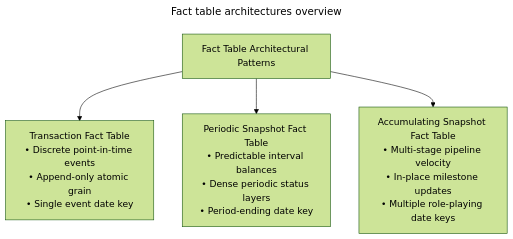
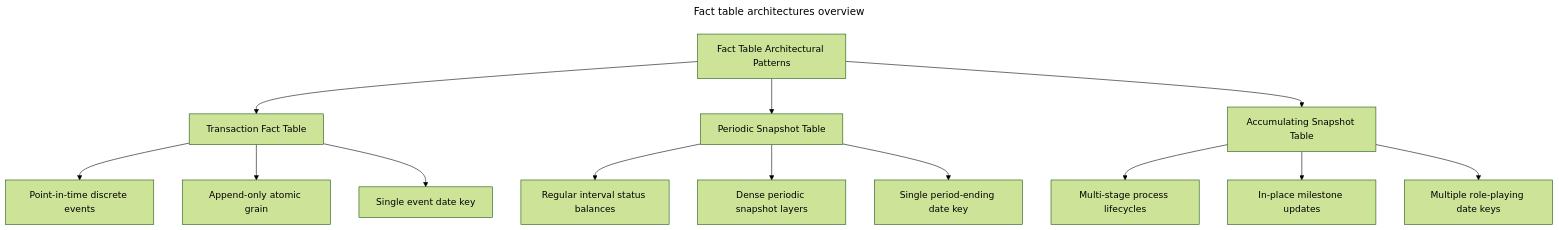
One commit to VineethChivukula/dedocs changed the first of 3 diagrams in content/modeling/fact-table-design-and-types.md. Above: the diagram before and after it, drawn with Mermaid (forest theme). The commit also changed other lines of this file and 4 other files, not shown here.

````diff
--- a/content/modeling/fact-table-design-and-types.md
+++ b/content/modeling/fact-table-design-and-types.md
@@ -16,15 +16,23 @@
 ```mermaid
 ---
 title: Fact table architectures overview
 ---
 flowchart TD
-    Patterns["Fact Table Architectural Patterns"]
+    Root["Fact Table Architectural Patterns"]
 
-    T["Transaction Fact Table<br/>• Discrete point-in-time events<br/>• Append-only atomic grain<br/>• Single event date key"]
-    P["Periodic Snapshot Fact Table<br/>• Predictable interval balances<br/>• Dense periodic status layers<br/>• Period-ending date key"]
-    A["Accumulating Snapshot Fact Table<br/>• Multi-stage pipeline velocity<br/>• In-place milestone updates<br/>• Multiple role-playing date keys"]
+    Root --> T["Transaction Fact Table"]
+    Root --> P["Periodic Snapshot Table"]
+    Root --> A["Accumulating Snapshot Table"]
 
-    Patterns --> T
-    Patterns --> P
-    Patterns --> A
+    T --> T1["Point-in-time discrete events"]
+    T --> T2["Append-only atomic grain"]
+    T --> T3["Single event date key"]
+
+    P --> P1["Regular interval status balances"]
+    P --> P2["Dense periodic snapshot layers"]
+    P --> P3["Single period-ending date key"]
+
+    A --> A1["Multi-stage process lifecycles"]
+    A --> A2["In-place milestone updates"]
+    A --> A3["Multiple role-playing date keys"]
 ```
````
